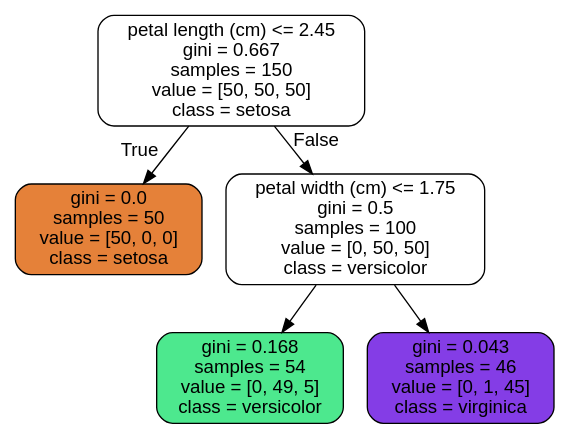
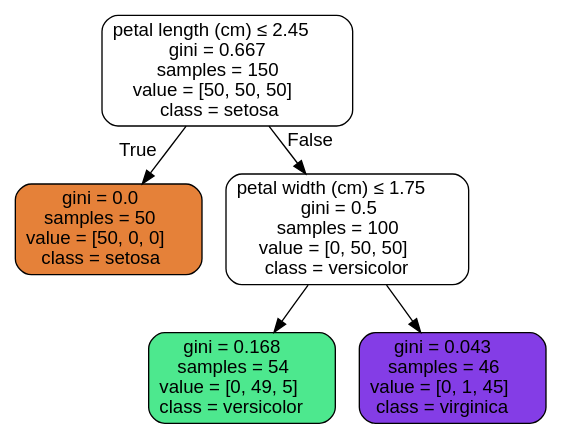
Before and after one commit to lynstanford/machine-learning-projects: the diagram in machine-learning/iris_tree.dot, drawn with Graphviz. The commit also changed 7 other files, not shown here.

```diff
--- a/machine-learning/iris_tree.dot
+++ b/machine-learning/iris_tree.dot
@@ -1,13 +1,13 @@
 digraph Tree {
-node [shape=box, style="filled, rounded", color="black", fontname=helvetica] ;
-edge [fontname=helvetica] ;
-0 [label="petal length (cm) <= 2.45\ngini = 0.667\nsamples = 150\nvalue = [50, 50, 50]\nclass = setosa", fillcolor="#ffffff"] ;
-1 [label="gini = 0.0\nsamples = 50\nvalue = [50, 0, 0]\nclass = setosa", fillcolor="#e58139"] ;
+node [shape=box, style="filled, rounded", color="black", fontname="helvetica"] ;
+edge [fontname="helvetica"] ;
+0 [label=<petal length (cm) &le; 2.45<br/>gini = 0.667<br/>samples = 150<br/>value = [50, 50, 50]<br/>class = setosa>, fillcolor="#ffffff"] ;
+1 [label=<gini = 0.0<br/>samples = 50<br/>value = [50, 0, 0]<br/>class = setosa>, fillcolor="#e58139"] ;
 0 -> 1 [labeldistance=2.5, labelangle=45, headlabel="True"] ;
-2 [label="petal width (cm) <= 1.75\ngini = 0.5\nsamples = 100\nvalue = [0, 50, 50]\nclass = versicolor", fillcolor="#ffffff"] ;
+2 [label=<petal width (cm) &le; 1.75<br/>gini = 0.5<br/>samples = 100<br/>value = [0, 50, 50]<br/>class = versicolor>, fillcolor="#ffffff"] ;
 0 -> 2 [labeldistance=2.5, labelangle=-45, headlabel="False"] ;
-3 [label="gini = 0.168\nsamples = 54\nvalue = [0, 49, 5]\nclass = versicolor", fillcolor="#4de88e"] ;
+3 [label=<gini = 0.168<br/>samples = 54<br/>value = [0, 49, 5]<br/>class = versicolor>, fillcolor="#4de88e"] ;
 2 -> 3 ;
-4 [label="gini = 0.043\nsamples = 46\nvalue = [0, 1, 45]\nclass = virginica", fillcolor="#843de6"] ;
+4 [label=<gini = 0.043<br/>samples = 46<br/>value = [0, 1, 45]<br/>class = virginica>, fillcolor="#843de6"] ;
 2 -> 4 ;
 }
```
